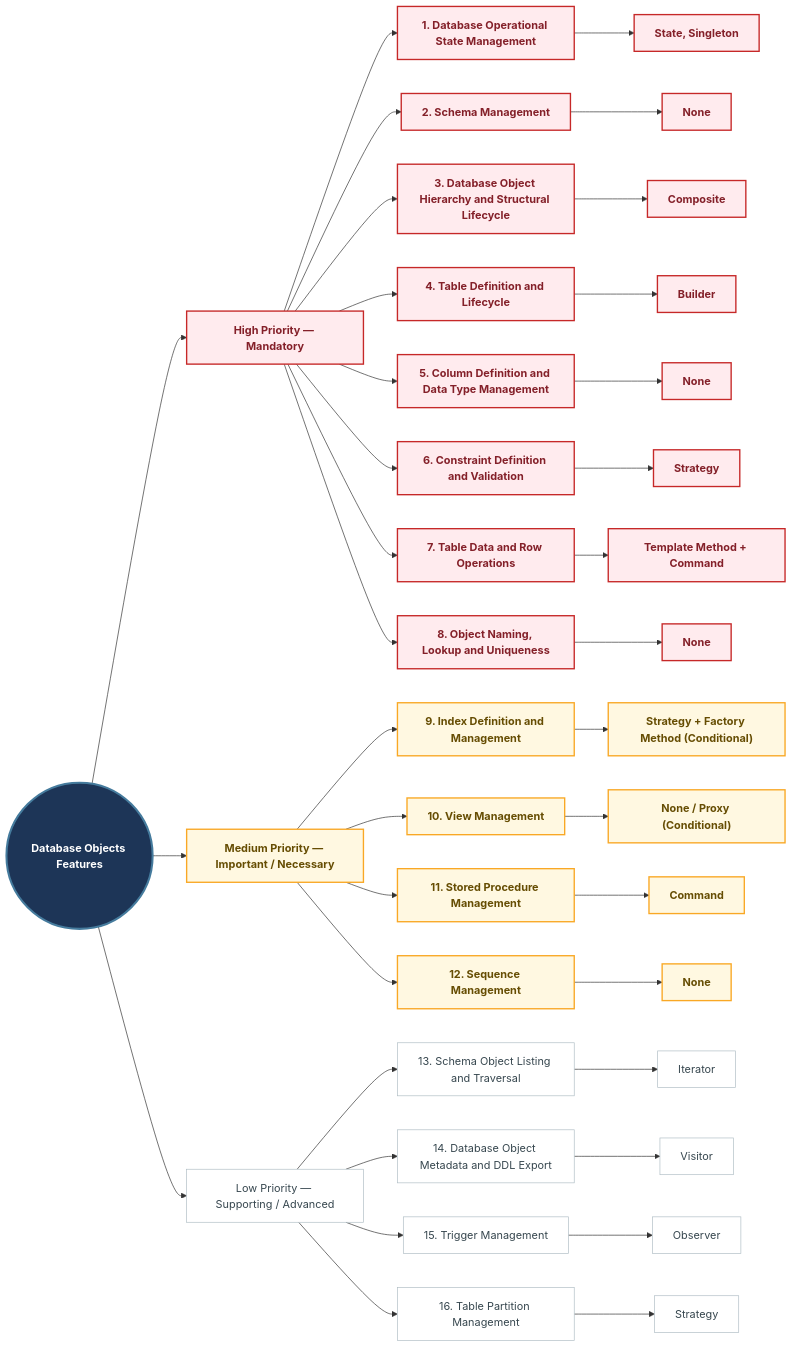
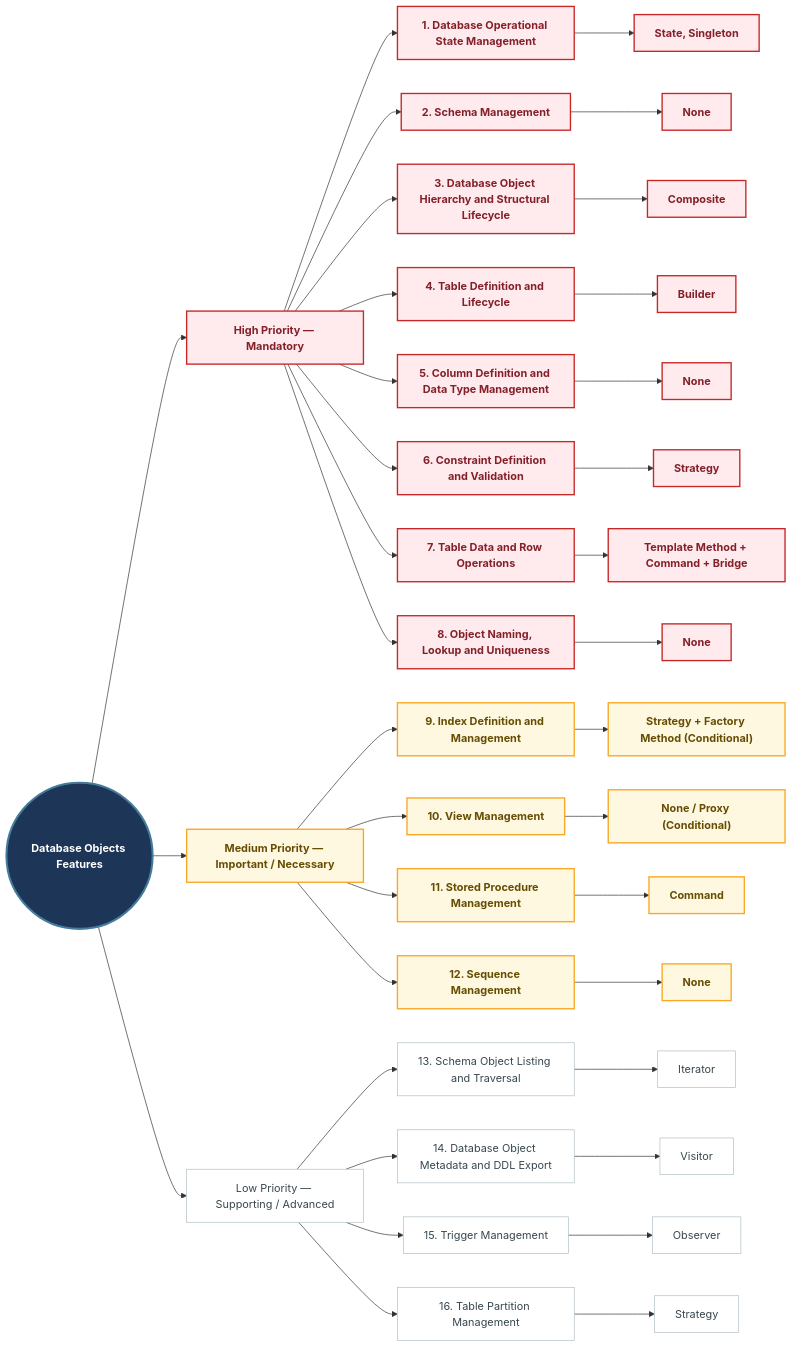
The first of 17 diagrams in docs/pattern/README.md (Huy1801214/dbms-architecture), drawn with Mermaid before and after one commit. The commit also changed other lines of this file and 4 other files, not shown here.

```diff
--- a/docs/pattern/README.md
+++ b/docs/pattern/README.md
@@ -36,7 +36,7 @@
     H6P["Strategy"]
 
     H7["7. Table Data and Row Operations"]
-    H7P["Template Method + Command"]
+    H7P["Template Method + Command + Bridge"]
 
     H8["8. Object Naming, Lookup and Uniqueness"]
     H8P["None"]
```
